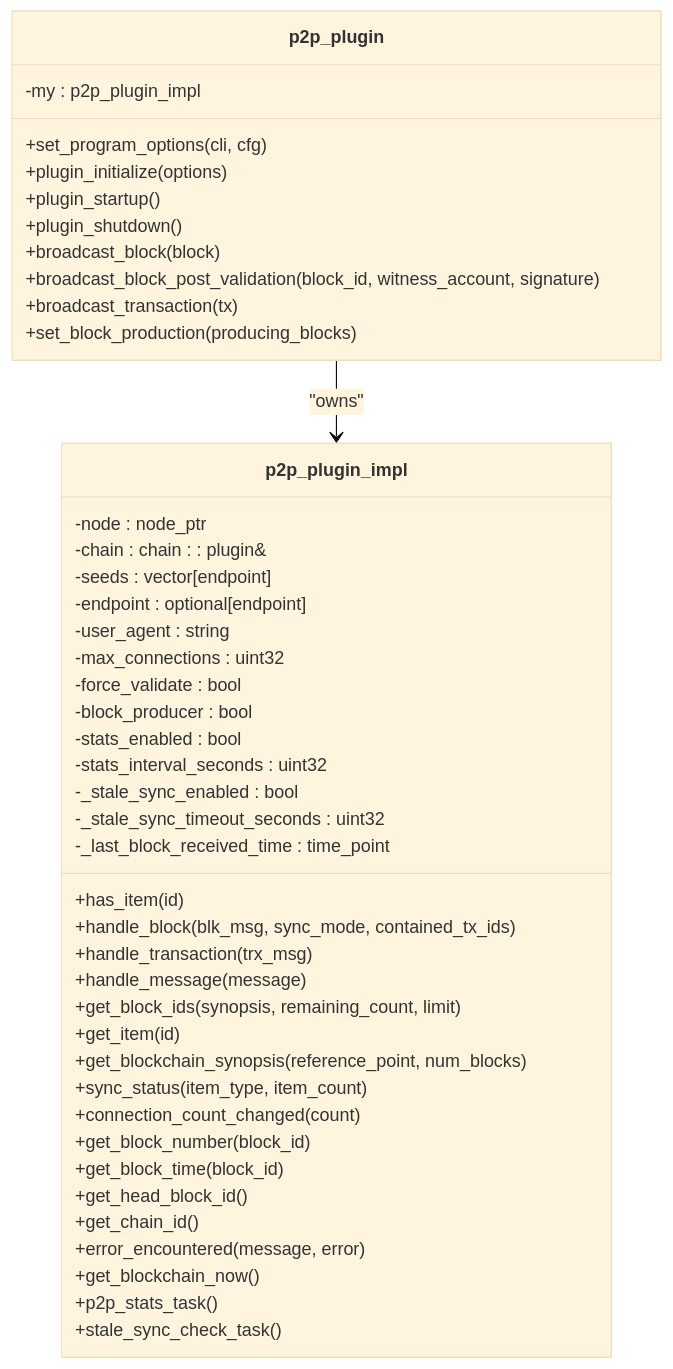
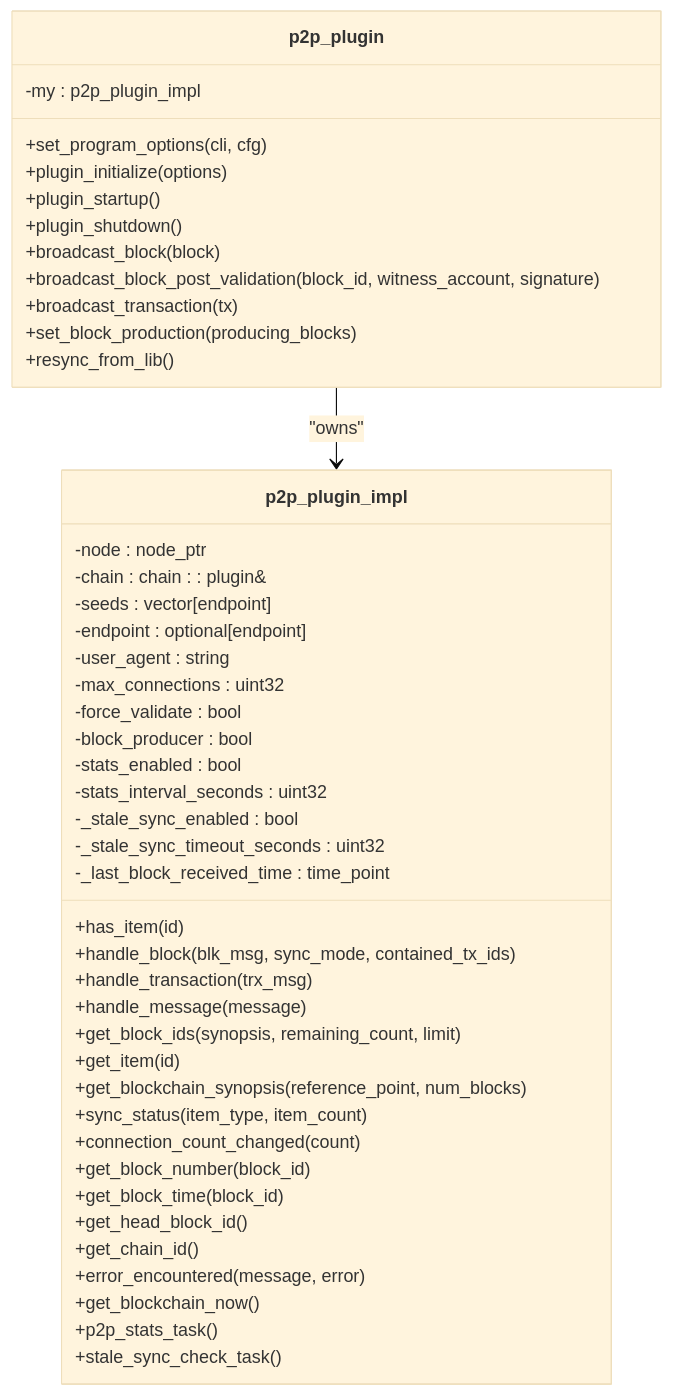
Before and after one commit to VIZ-Blockchain/viz-cpp-node: the second of 13 diagrams in .qoder/repowiki/en/content/P2p Plugin.md, drawn with Mermaid (base theme). The commit also changed other lines of this file and 5 other files, not shown here.

````diff
--- a/.qoder/repowiki/en/content/P2p Plugin.md
+++ b/.qoder/repowiki/en/content/P2p Plugin.md
@@ -91,47 +109,48 @@
 ```mermaid
 classDiagram
 class p2p_plugin {
 +set_program_options(cli, cfg)
 +plugin_initialize(options)
 +plugin_startup()
 +plugin_shutdown()
 +broadcast_block(block)
 +broadcast_block_post_validation(block_id, witness_account, signature)
 +broadcast_transaction(tx)
 +set_block_production(producing_blocks)
++resync_from_lib()
 -my : p2p_plugin_impl
 }
 class p2p_plugin_impl {
 +has_item(id)
 +handle_block(blk_msg, sync_mode, contained_tx_ids)
 +handle_transaction(trx_msg)
 +handle_message(message)
 +get_block_ids(synopsis, remaining_count, limit)
 +get_item(id)
 +get_blockchain_synopsis(reference_point, num_blocks)
 +sync_status(item_type, item_count)
 +connection_count_changed(count)
 +get_block_number(block_id)
 +get_block_time(block_id)
 +get_head_block_id()
 +get_chain_id()
 +error_encountered(message, error)
 +get_blockchain_now()
 +p2p_stats_task()
 +stale_sync_check_task()
 -node : node_ptr
 -chain : chain : : plugin&
 -seeds : vector[endpoint]
 -endpoint : optional[endpoint]
 -user_agent : string
 -max_connections : uint32
 -force_validate : bool
 -block_producer : bool
 -stats_enabled : bool
 -stats_interval_seconds : uint32
 -_stale_sync_enabled : bool
 -_stale_sync_timeout_seconds : uint32
 -_last_block_received_time : time_point
 }
 p2p_plugin --> p2p_plugin_impl : "owns"
 ```
````
